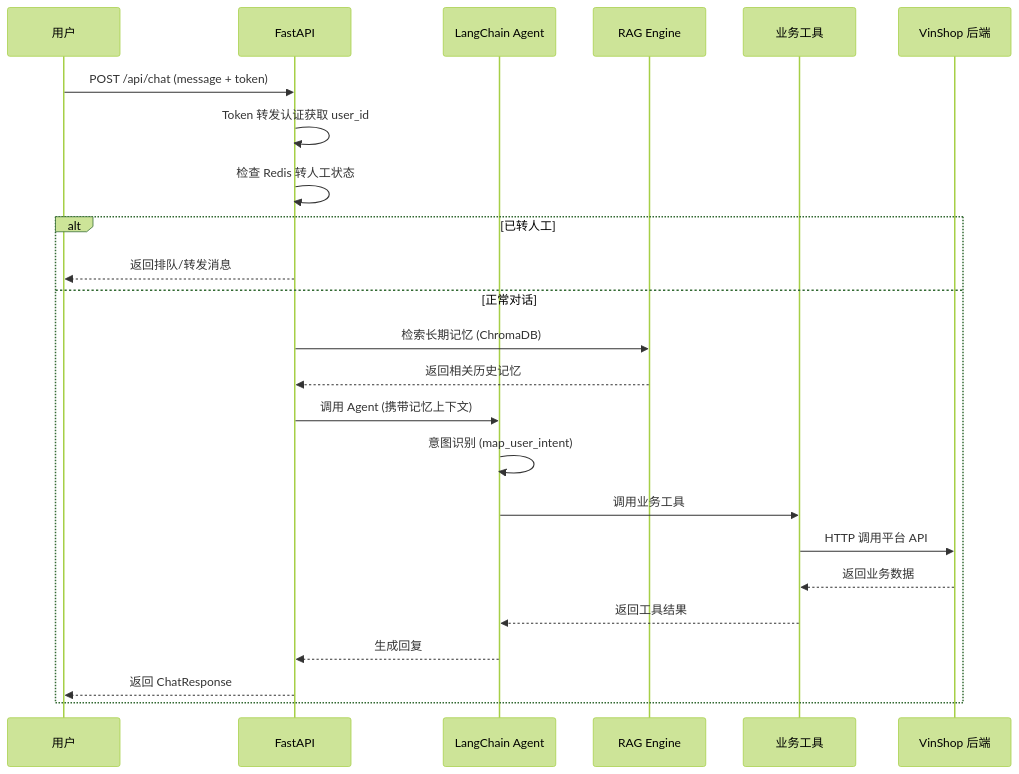
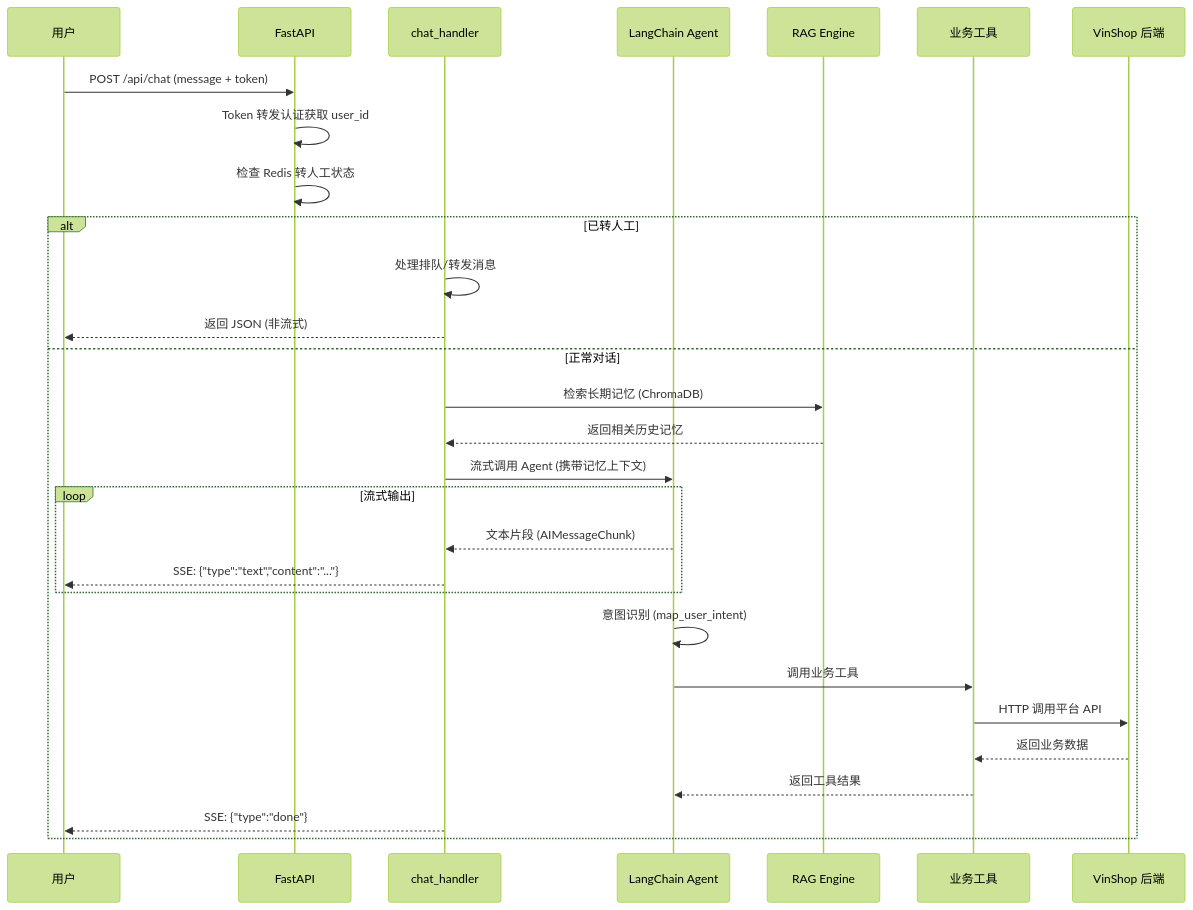
Before and after one commit to VingerChan/CustomerService_Agent: the second of 3 diagrams in README.md, drawn with Mermaid (forest theme). The commit also changed other lines of this file, not shown here.

````diff
--- a/README.md
+++ b/README.md
@@ -92,28 +93,33 @@
 ```mermaid
 sequenceDiagram
     participant U as 用户
     participant API as FastAPI
+    participant Handler as chat_handler
     participant Agent as LangChain Agent
     participant RAG as RAG Engine
     participant Tools as 业务工具
     participant VinShop as VinShop 后端
 
     U->>API: POST /api/chat (message + token)
     API->>API: Token 转发认证获取 user_id
     API->>API: 检查 Redis 转人工状态
 
     alt 已转人工
-        API-->>U: 返回排队/转发消息
+        Handler->>Handler: 处理排队/转发消息
+        Handler-->>U: 返回 JSON (非流式)
     else 正常对话
-        API->>RAG: 检索长期记忆 (ChromaDB)
-        RAG-->>API: 返回相关历史记忆
-        API->>Agent: 调用 Agent (携带记忆上下文)
+        Handler->>RAG: 检索长期记忆 (ChromaDB)
+        RAG-->>Handler: 返回相关历史记忆
+        Handler->>Agent: 流式调用 Agent (携带记忆上下文)
+        loop 流式输出
+            Agent-->>Handler: 文本片段 (AIMessageChunk)
+            Handler-->>U: SSE: {"type":"text","content":"..."}
+        end
         Agent->>Agent: 意图识别 (map_user_intent)
         Agent->>Tools: 调用业务工具
         Tools->>VinShop: HTTP 调用平台 API
         VinShop-->>Tools: 返回业务数据
         Tools-->>Agent: 返回工具结果
-        Agent-->>API: 生成回复
-        API-->>U: 返回 ChatResponse
+        Handler-->>U: SSE: {"type":"done"}
     end
 ```
````
